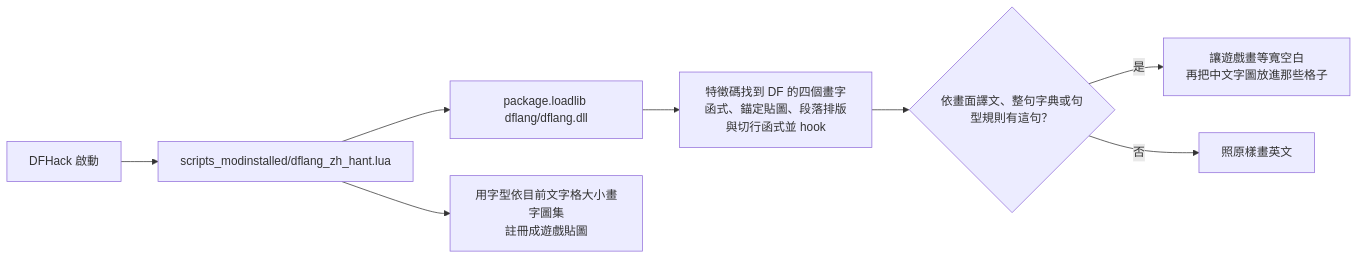
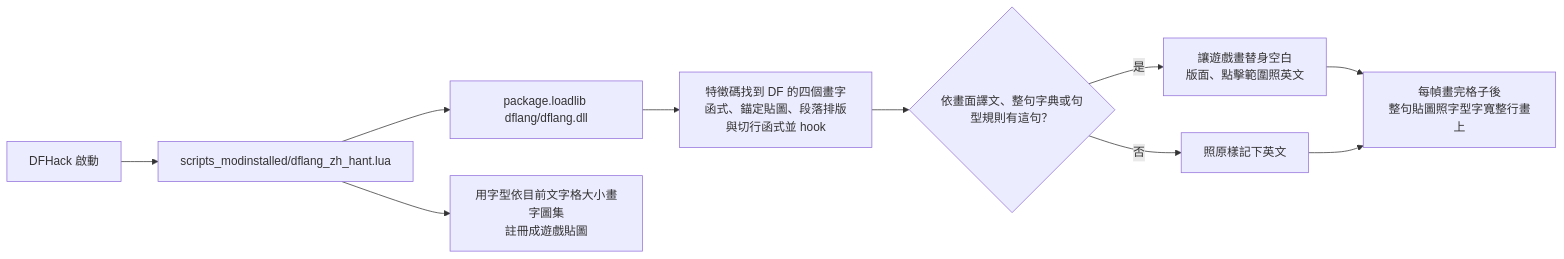
One commit to Minidoracat/MinidoracatDFLang changed the diagram in README.md. Above: the diagram before and after it, drawn with Mermaid. The commit also changed other lines of this file and 17 other files, not shown here.

Commit message:
整句貼圖預設開啟（0.2.0）：段落照字型字寬換行；對齊照遊戲擺英文的位置（按鈕置中、清單靠左、框右緣靠右）；全形標點擠壓；DFHack 讀畫面時回報英文；dflang overlay off 改回一字兩格

````diff
--- a/README.md
+++ b/README.md
@@ -55,10 +58,12 @@
 ```mermaid
 flowchart LR
   A[DFHack 啟動] --> B[scripts_modinstalled/dflang_zh_hant.lua]
   B --> C[package.loadlib dflang/dflang.dll]
   B --> D[用字型依目前文字格大小畫字圖集<br>註冊成遊戲貼圖]
   C --> E[特徵碼找到 DF 的四個畫字函式、錨定貼圖、段落排版與切行函式並 hook]
   E --> F{依畫面譯文、整句字典或句型規則有這句？}
-  F -->|是| G[讓遊戲畫等寬空白<br>再把中文字圖放進那些格子]
-  F -->|否| H[照原樣畫英文]
+  F -->|是| G[讓遊戲畫替身空白<br>版面、點擊範圍照英文]
+  F -->|否| H[照原樣記下英文]
+  G --> I[每幀畫完格子後<br>整句貼圖照字型字寬整行畫上]
+  H --> I
 ```
````
